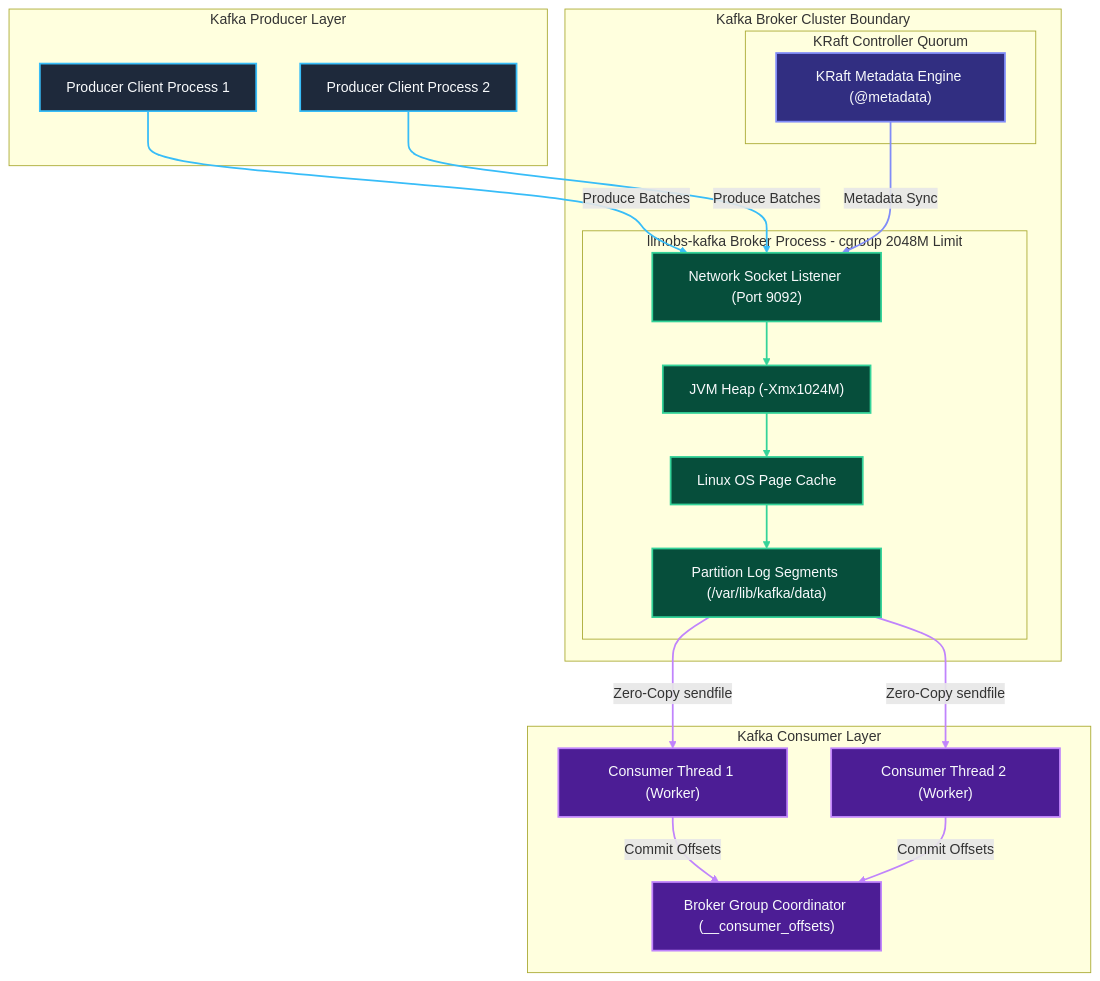
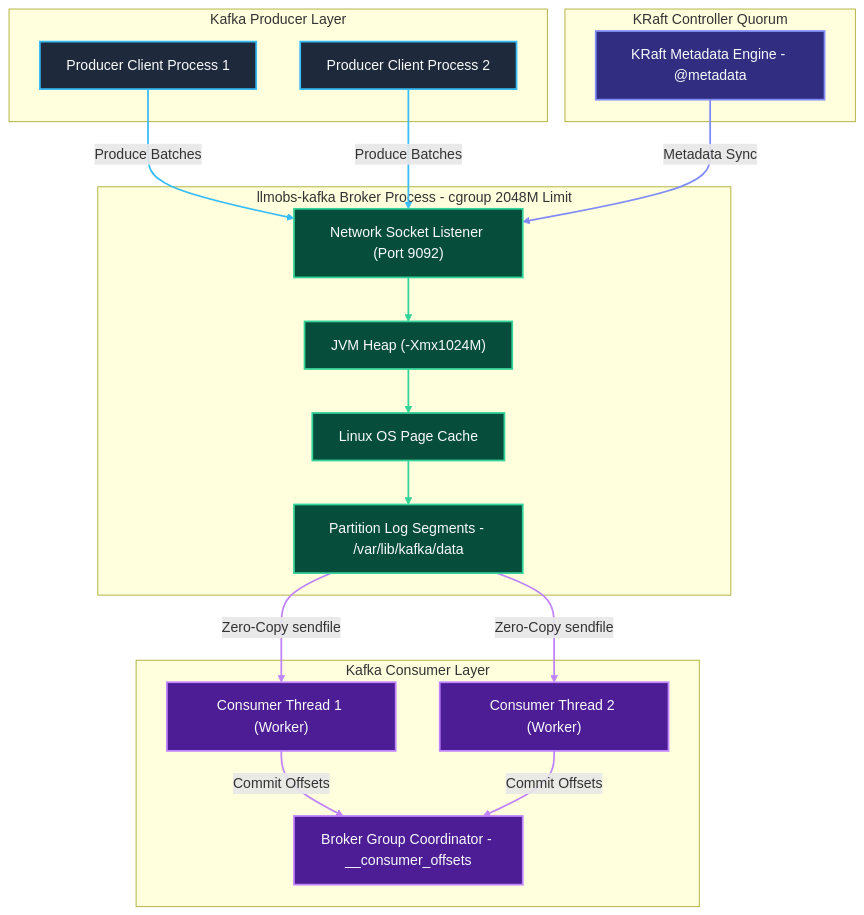
Before and after one commit to Chief-Strategist-J/llm-obs-infra: the first of 24 diagrams in docs/configDoc/kafka-configuration-guide.md, drawn with Mermaid. The commit also changed other lines of this file, not shown here.

Commit message:
fix(kafka-docs): flatten all nested subgraphs across architecture guide to eliminate Dagre layout distance rendering errors on GitHub

````diff
--- a/docs/configDoc/kafka-configuration-guide.md
+++ b/docs/configDoc/kafka-configuration-guide.md
@@ -370,55 +370,53 @@
 ```mermaid
 graph TD
     subgraph KafkaProducerCluster ["Kafka Producer Layer"]
         P1["Producer Client Process 1"]
         P2["Producer Client Process 2"]
     end
 
-    subgraph KafkaClusterBoundary ["Kafka Broker Cluster Boundary"]
-        subgraph BrokerCore ["llmobs-kafka Broker Process - cgroup 2048M Limit"]
-            NetListener["Network Socket Listener (Port 9092)"]
-            JVMHeap["JVM Heap (-Xmx1024M)"]
-            PageCache["Linux OS Page Cache"]
-            LogStorage["Partition Log Segments (/var/lib/kafka/data)"]
-        end
+    subgraph BrokerCore ["llmobs-kafka Broker Process - cgroup 2048M Limit"]
+        NetListener["Network Socket Listener (Port 9092)"]
+        JVMHeap["JVM Heap (-Xmx1024M)"]
+        PageCache["Linux OS Page Cache"]
+        LogStorage["Partition Log Segments - /var/lib/kafka/data"]
+    end
 
-        subgraph KRaftQuorum ["KRaft Controller Quorum"]
-            KRaftEngine["KRaft Metadata Engine (@metadata)"]
-        end
+    subgraph KRaftQuorum ["KRaft Controller Quorum"]
+        KRaftEngine["KRaft Metadata Engine - @metadata"]
     end
 
     subgraph KafkaConsumerCluster ["Kafka Consumer Layer"]
         C1["Consumer Thread 1 (Worker)"]
         C2["Consumer Thread 2 (Worker)"]
-        Coord["Broker Group Coordinator (__consumer_offsets)"]
+        Coord["Broker Group Coordinator - __consumer_offsets"]
     end
 
     P1 -->|Produce Batches| NetListener
     P2 -->|Produce Batches| NetListener
     NetListener --> JVMHeap
     JVMHeap --> PageCache
     PageCache --> LogStorage
 
     KRaftEngine -->|Metadata Sync| NetListener
 
     LogStorage -->|Zero-Copy sendfile| C1
     LogStorage -->|Zero-Copy sendfile| C2
     C1 -->|Commit Offsets| Coord
     C2 -->|Commit Offsets| Coord
 
     style P1 fill:#1e293b,stroke:#38bdf8,stroke-width:2px,color:#f8fafc
     style P2 fill:#1e293b,stroke:#38bdf8,stroke-width:2px,color:#f8fafc
     style NetListener fill:#064e3b,stroke:#34d399,stroke-width:2px,color:#f8fafc
     style JVMHeap fill:#064e3b,stroke:#34d399,stroke-width:2px,color:#f8fafc
     style PageCache fill:#064e3b,stroke:#34d399,stroke-width:2px,color:#f8fafc
     style LogStorage fill:#064e3b,stroke:#34d399,stroke-width:2px,color:#f8fafc
     style KRaftEngine fill:#312e81,stroke:#818cf8,stroke-width:2px,color:#f8fafc
     style C1 fill:#4c1d95,stroke:#c084fc,stroke-width:2px,color:#f8fafc
     style C2 fill:#4c1d95,stroke:#c084fc,stroke-width:2px,color:#f8fafc
     style Coord fill:#4c1d95,stroke:#c084fc,stroke-width:2px,color:#f8fafc
 
     linkStyle 0,1 stroke:#38bdf8,stroke-width:2px;
     linkStyle 2,3,4 stroke:#34d399,stroke-width:2px;
     linkStyle 5 stroke:#818cf8,stroke-width:2px;
     linkStyle 6,7,8,9 stroke:#c084fc,stroke-width:2px;
 ```
````
